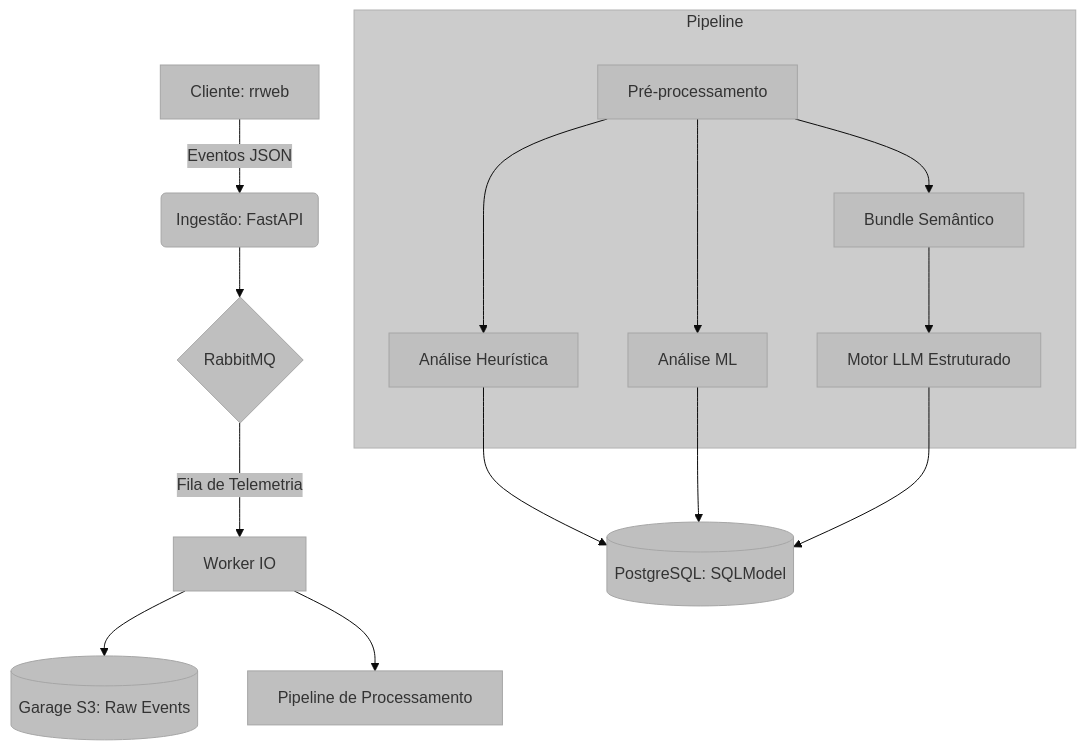
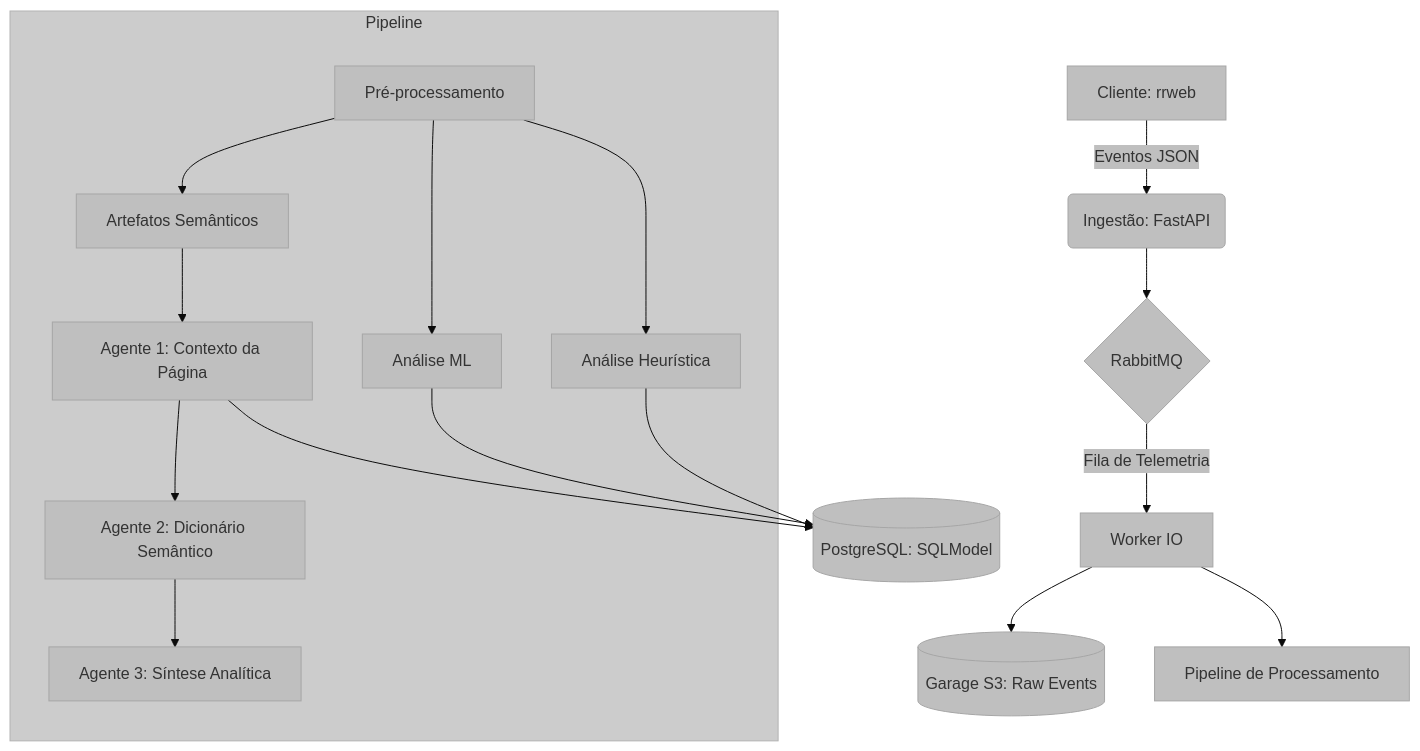
The diagram in docs/overview.md (marcus-v-rodrigues/ux-auditor-api), drawn with Mermaid before and after one commit. The commit also changed other lines of this file and 8 other files, not shown here.

````diff
--- a/docs/overview.md
+++ b/docs/overview.md
@@ -13,16 +14,18 @@
 ```mermaid
 %%{init: {'theme': 'base', 'themeVariables': { 'primaryColor': '#bfbfbf', 'edgeColor': '#5d5d5d' }, "flowchart": {"subGraphTitleMargin": {"bottom": 30}}}}%%
 graph TD
     A[Cliente: rrweb] -->|Eventos JSON| B(Ingestão: FastAPI)
     B --> C{RabbitMQ}
     C -->|Fila de Telemetria| D[Worker IO]
     D --> E[(Garage S3: Raw Events)]
     D --> F[Pipeline de Processamento]
     subgraph Pipeline
         F1[Pré-processamento] --> F2[Análise Heurística]
         F1 --> F3[Análise ML]
-        F1 --> F4[Bundle Semântico]
-        F4 --> F5[Motor LLM Estruturado]
+        F1 --> F4[Artefatos Semânticos]
+        F4 --> F5[Agente 1: Contexto da Página]
+        F5 --> F6[Agente 2: Dicionário Semântico]
+        F6 --> F7[Agente 3: Síntese Analítica]
     end
     F2 & F3 & F5 --> G[(PostgreSQL: SQLModel)]
 ```
````
